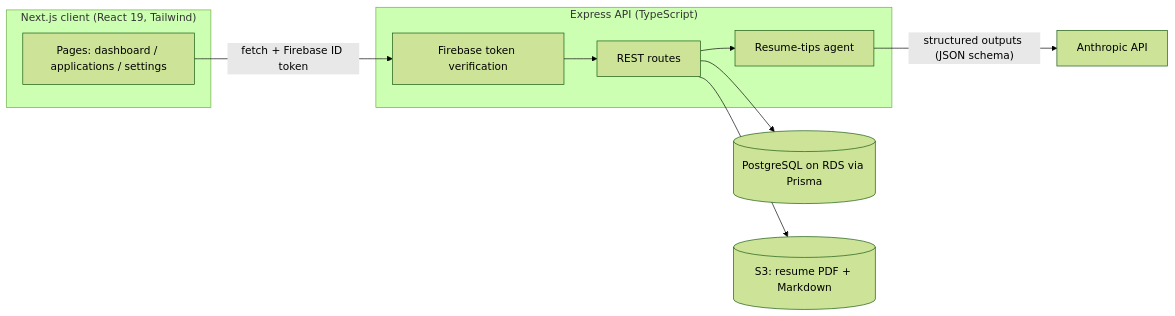
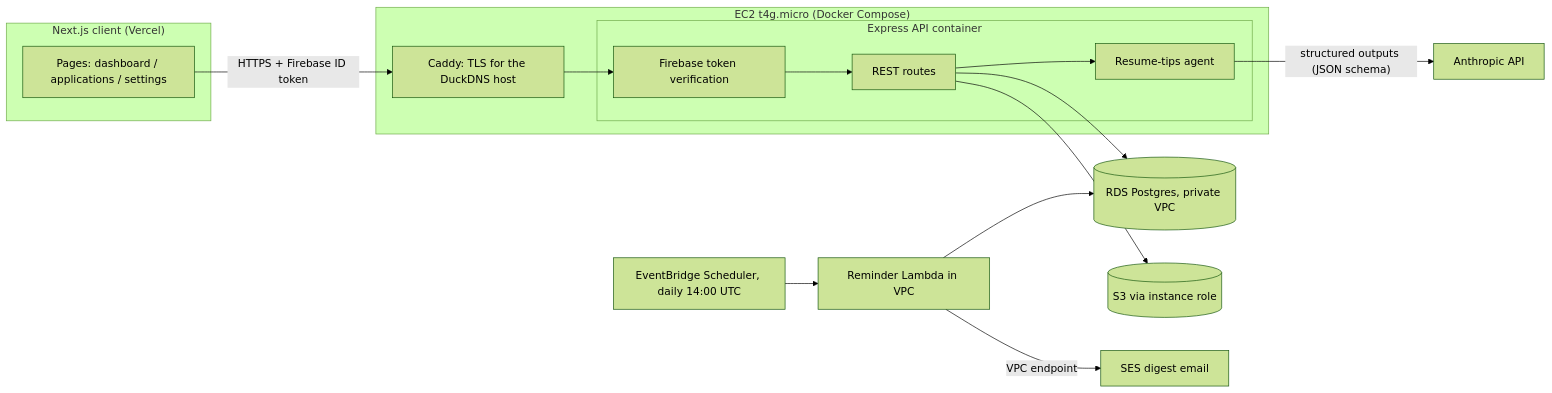
One commit to bfp4/Job-Application-Tracker changed the diagram in README.md. Above: the diagram before and after it, drawn with Mermaid (forest theme). The commit also changed other lines of this file and 36 other files, not shown here.

First line of the commit message:
Add EC2 deployment and daily reminder Lambda

````diff
--- a/README.md
+++ b/README.md
@@ -17,16 +18,22 @@
 ```mermaid
 flowchart LR
-    subgraph Client["Next.js client (React 19, Tailwind)"]
+    subgraph Client["Next.js client (Vercel)"]
         UI[Pages: dashboard / applications / settings]
     end
-    subgraph Server["Express API (TypeScript)"]
-        Auth[Firebase token verification]
-        Routes[REST routes]
-        Agent[Resume-tips agent]
+    subgraph EC2["EC2 t4g.micro (Docker Compose)"]
+        Caddy[Caddy: TLS for the DuckDNS host]
+        subgraph Server["Express API container"]
+            Auth[Firebase token verification]
+            Routes[REST routes]
+            Agent[Resume-tips agent]
+        end
     end
-    UI -- "fetch + Firebase ID token" --> Auth --> Routes
-    Routes --> DB[(PostgreSQL on RDS via Prisma)]
-    Routes --> S3[(S3: resume PDF + Markdown)]
+    UI -- "HTTPS + Firebase ID token" --> Caddy --> Auth --> Routes
+    Routes --> DB[(RDS Postgres, private VPC)]
+    Routes --> S3[(S3 via instance role)]
     Agent -- "structured outputs (JSON schema)" --> Claude[Anthropic API]
     Routes --> Agent
+    Sched[EventBridge Scheduler, daily 14:00 UTC] --> Lambda[Reminder Lambda in VPC]
+    Lambda --> DB
+    Lambda -- "VPC endpoint" --> SES[SES digest email]
 ```
````
